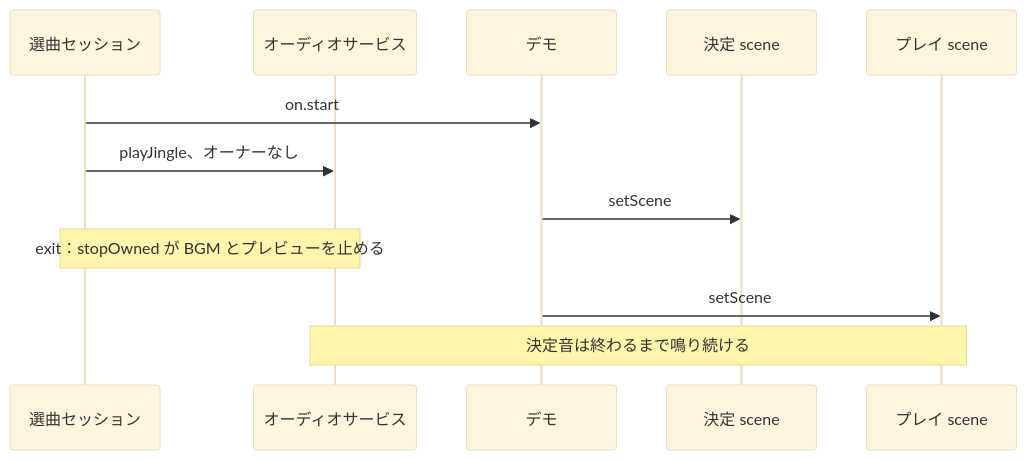
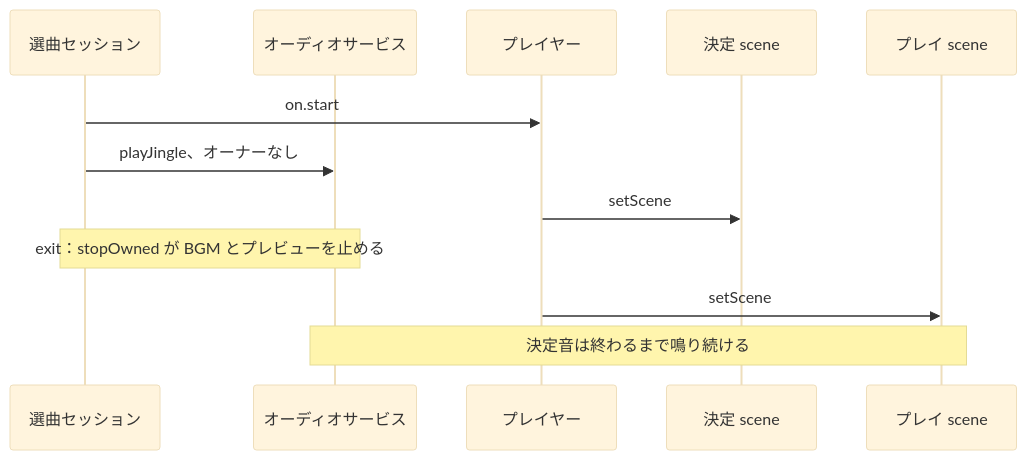
One commit to nulltask/be-music changed diagram 11 of 17 in docs/player-web.ja.md. Above: the diagram before and after it, drawn with Mermaid (base theme). The commit also changed other lines of this file and 153 other files, not shown here.

Commit message:
refactor(app-play): use player terminology and migrate storage

````diff
--- a/docs/player-web.ja.md
+++ b/docs/player-web.ja.md
@@ -553,14 +553,14 @@
 ```mermaid
 sequenceDiagram
   participant Select as 選曲セッション
   participant Audio as オーディオサービス
-  participant Demo as デモ
+  participant Player as プレイヤー
   participant Decide as 決定 scene
   participant Play as プレイ scene
-  Select->>Demo: on.start
+  Select->>Player: on.start
   Select->>Audio: playJingle、オーナーなし
-  Demo->>Decide: setScene
+  Player->>Decide: setScene
   Note over Select,Audio: exit：stopOwned が BGM とプレビューを止める
-  Demo->>Play: setScene
+  Player->>Play: setScene
   Note over Audio,Play: 決定音は終わるまで鳴り続ける
 ```
````
